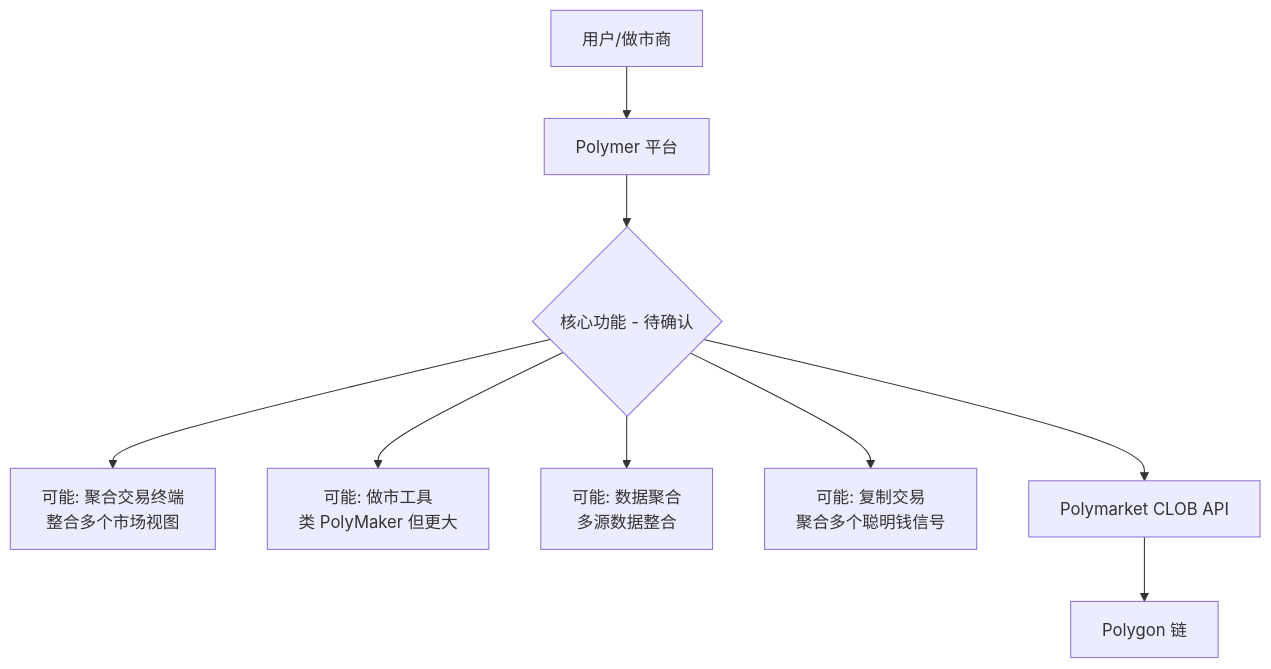
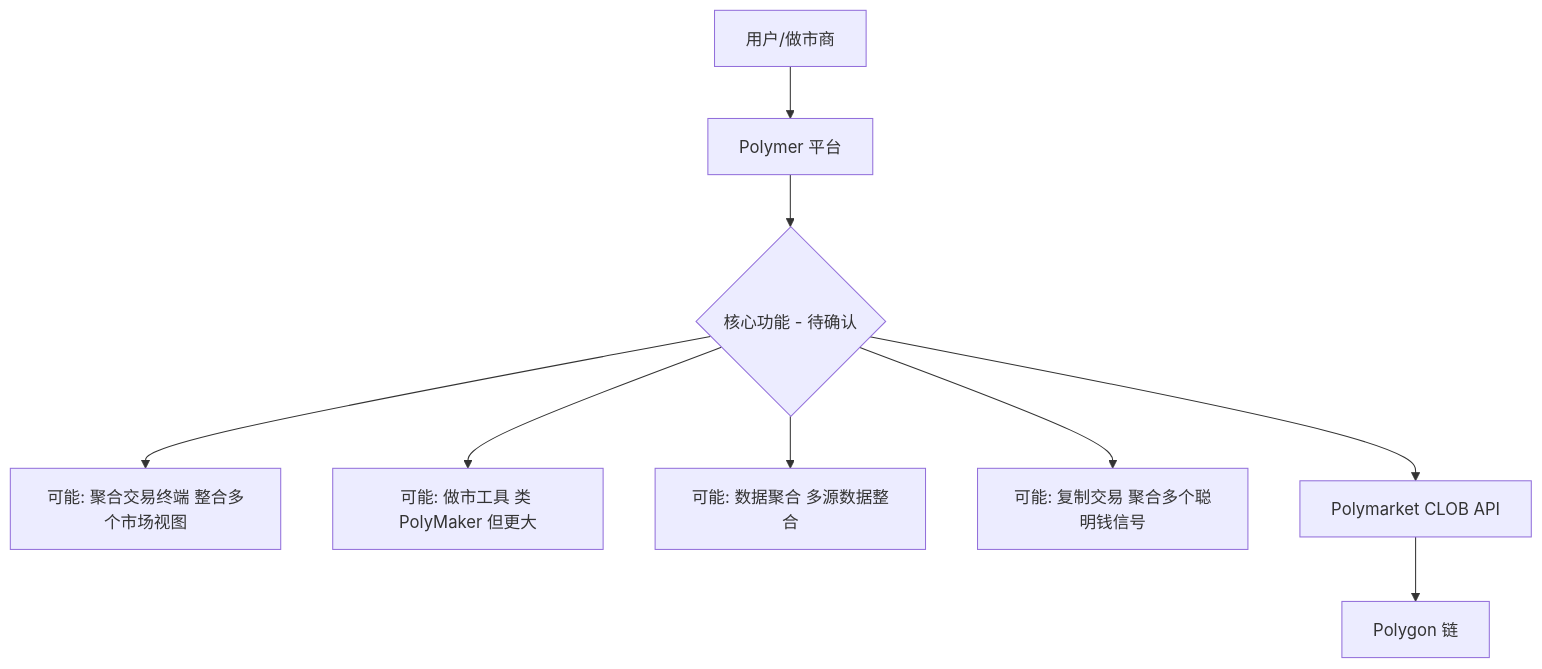
One commit to survivorff/polymarket_research changed the first of 4 diagrams in research/10_polymer/analysis.md. Above: the diagram before and after it, drawn with Mermaid. The commit also changed 11 other files, not shown here.

First line of the commit message:
修复所有 Mermaid 语法错误，确保流程图可正常渲染

````diff
--- a/research/10_polymer/analysis.md
+++ b/research/10_polymer/analysis.md
@@ -43,11 +43,11 @@
 ```mermaid
 graph TD
     A[用户/做市商] --> B[Polymer 平台]
     B --> C{核心功能 - 待确认}
-    C --> C1[可能: 聚合交易终端\n整合多个市场视图]
-    C --> C2[可能: 做市工具\n类 PolyMaker 但更大]
-    C --> C3[可能: 数据聚合\n多源数据整合]
-    C --> C4[可能: 复制交易\n聚合多个聪明钱信号]
+    C --> C1[可能: 聚合交易终端 整合多个市场视图]
+    C --> C2[可能: 做市工具 类 PolyMaker 但更大]
+    C --> C3[可能: 数据聚合 多源数据整合]
+    C --> C4[可能: 复制交易 聚合多个聪明钱信号]
     C --> D[Polymarket CLOB API]
     D --> E[Polygon 链]
 ```
````
